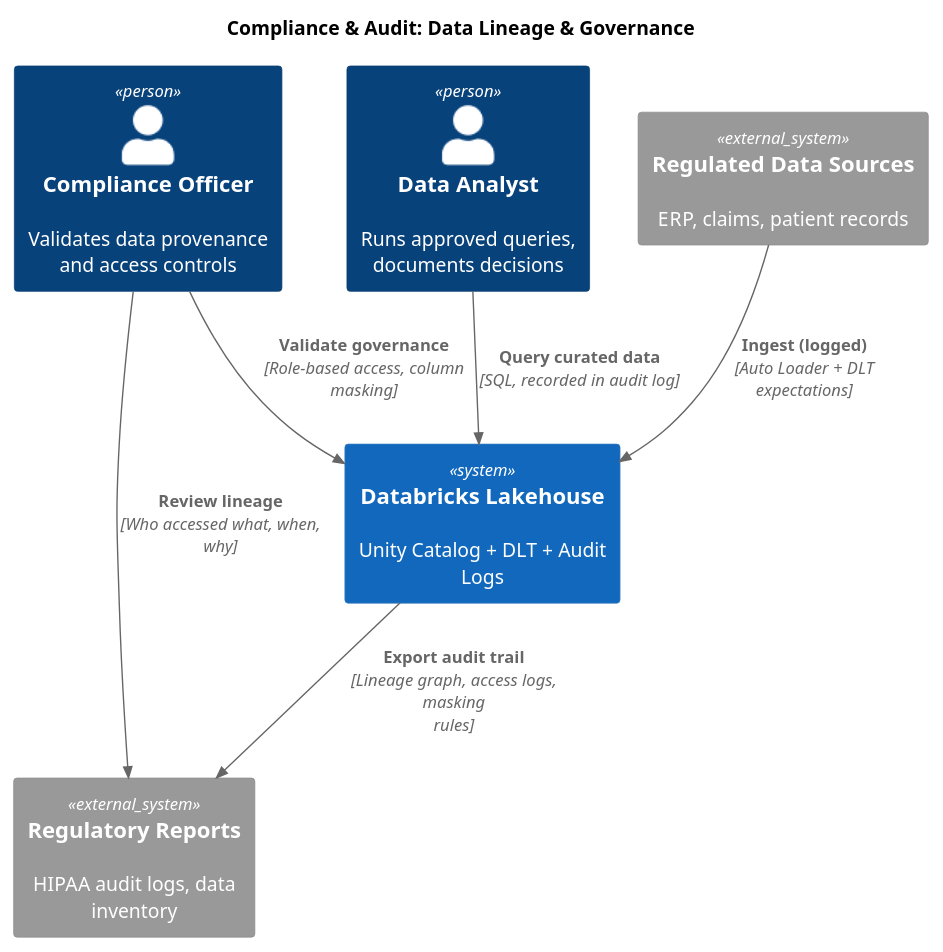
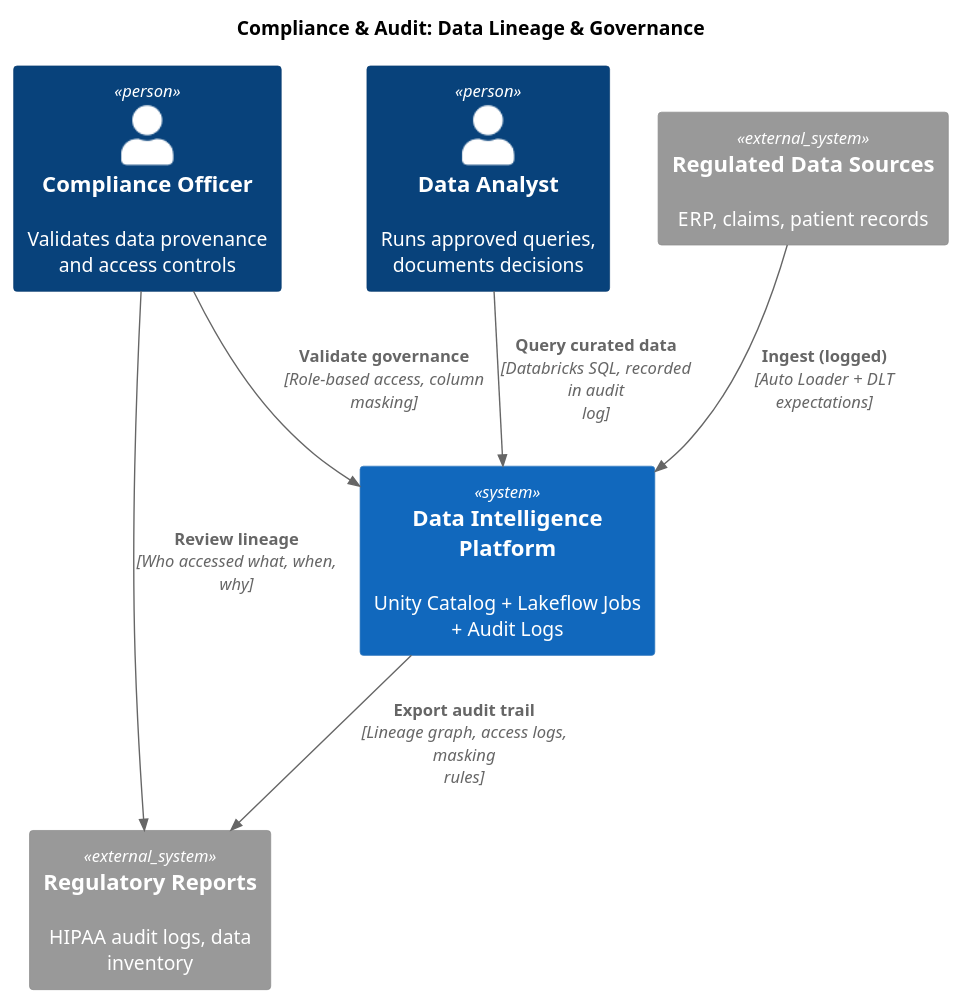
Before and after one commit to saselvan/claude-skills: the ninth of 22 diagrams in diagram/SKILL.md, drawn with PlantUML. The commit also changed other lines of this file and 2 other files, not shown here.

Commit message:
diagram v3.1: border conventions, icon conventions, cloud platform layer, lifecycle exception, expanded product naming — from Databricks ref arch analysis

````diff
--- a/diagram/SKILL.md
+++ b/diagram/SKILL.md
@@ -383,21 +642,21 @@
 ```plantuml
 @startuml
 !include <C4/C4_Context>
 
 title Compliance & Audit: Data Lineage & Governance
 
 Person(auditor, "Compliance Officer", "Validates data provenance and access controls")
 Person(analyst, "Data Analyst", "Runs approved queries, documents decisions")
 
-System(platform, "Databricks Lakehouse", "Unity Catalog + DLT + Audit Logs")
+System(platform, "Data Intelligence Platform", "Unity Catalog + Lakeflow Jobs + Audit Logs")
 
 System_Ext(sources, "Regulated Data Sources", "ERP, claims, patient records")
 System_Ext(reports, "Regulatory Reports", "HIPAA audit logs, data inventory")
 
 Rel(sources, platform, "Ingest (logged)", "Auto Loader + DLT expectations")
-Rel(analyst, platform, "Query curated data", "SQL, recorded in audit log")
+Rel(analyst, platform, "Query curated data", "Databricks SQL, recorded in audit log")
 Rel(platform, reports, "Export audit trail", "Lineage graph, access logs, masking rules")
 Rel(auditor, reports, "Review lineage", "Who accessed what, when, why")
 Rel(auditor, platform, "Validate governance", "Role-based access, column masking")
 @enduml
 ```
````
